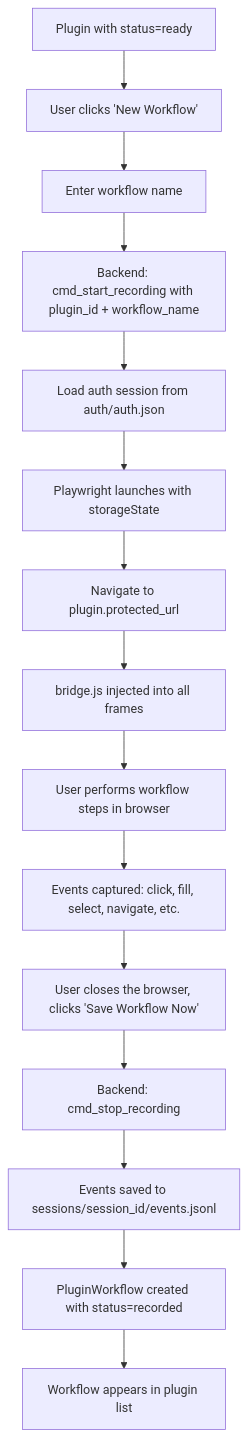
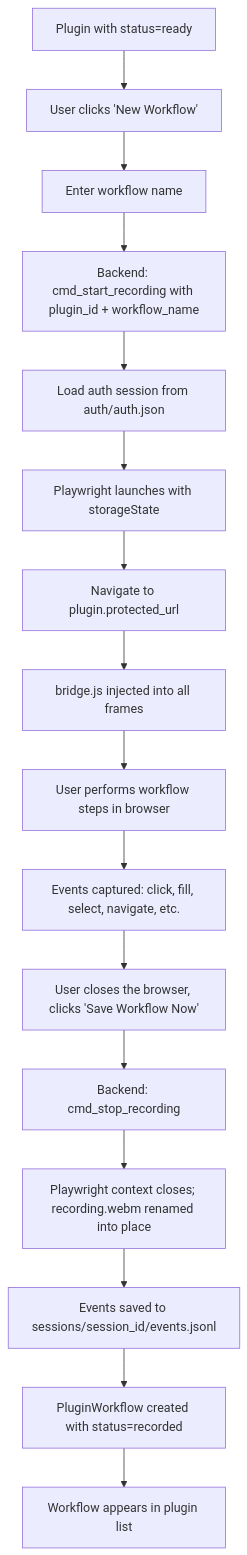
Before and after one commit to Cannonbold2412/CONXA: the fifth of 17 diagrams in docs/App-Flow.md, drawn with Mermaid. The commit also changed other lines of this file and 9 other files, not shown here.

````diff
--- a/docs/App-Flow.md
+++ b/docs/App-Flow.md
@@ -138,17 +138,18 @@
 ```mermaid
 flowchart TD
     A[Plugin with status=ready] --> B[User clicks 'New Workflow']
     B --> C[Enter workflow name]
     C --> D[Backend: cmd_start_recording with plugin_id + workflow_name]
     D --> E[Load auth session from auth/auth.json]
     E --> F[Playwright launches with storageState]
     F --> G[Navigate to plugin.protected_url]
     G --> H[bridge.js injected into all frames]
     H --> I[User performs workflow steps in browser]
     I --> J[Events captured: click, fill, select, navigate, etc.]
     J --> K[User closes the browser, clicks 'Save Workflow Now']
     K --> L[Backend: cmd_stop_recording]
-    L --> M[Events saved to sessions/session_id/events.jsonl]
+    L --> L2[Playwright context closes; recording.webm renamed into place]
+    L2 --> M[Events saved to sessions/session_id/events.jsonl]
     M --> N[PluginWorkflow created with status=recorded]
     N --> O[Workflow appears in plugin list]
 ```
````
